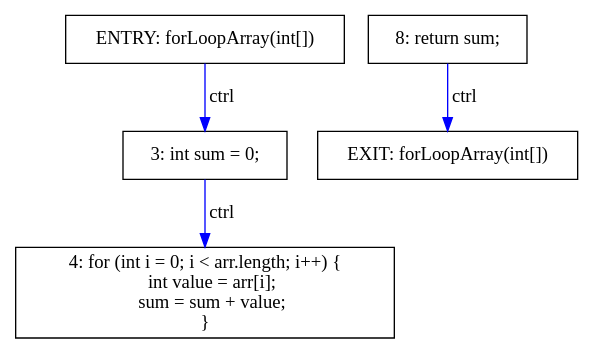
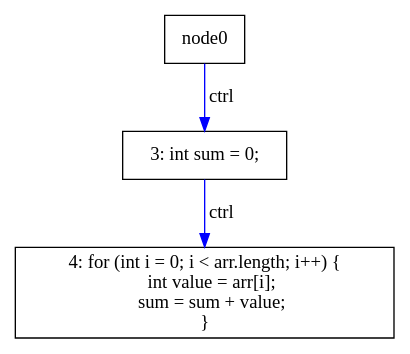
One commit to khaser/java-pdg changed the diagram in results/ForLoopArray.dot. Above: the diagram before and after it, drawn with Graphviz. The commit also changed 21 other files, not shown here.

```diff
--- a/results/ForLoopArray.dot
+++ b/results/ForLoopArray.dot
@@ -1,14 +1,10 @@
 digraph PDG {
   rankdir=TB;
   node [shape=box];
 
-  node0 [label="ENTRY: forLoopArray(int[])"];
-  node1 [label="EXIT: forLoopArray(int[])"];
   node2 [label="3: int sum = 0;"];
   node3 [label="4: for (int i = 0; i < arr.length; i++) {\n    int value = arr[i];\n    sum = sum + value;\n}"];
-  node4 [label="8: return sum;"];
 
   node0 -> node2 [label="ctrl", color=blue];
   node2 -> node3 [label="ctrl", color=blue];
-  node4 -> node1 [label="ctrl", color=blue];
 }
```
